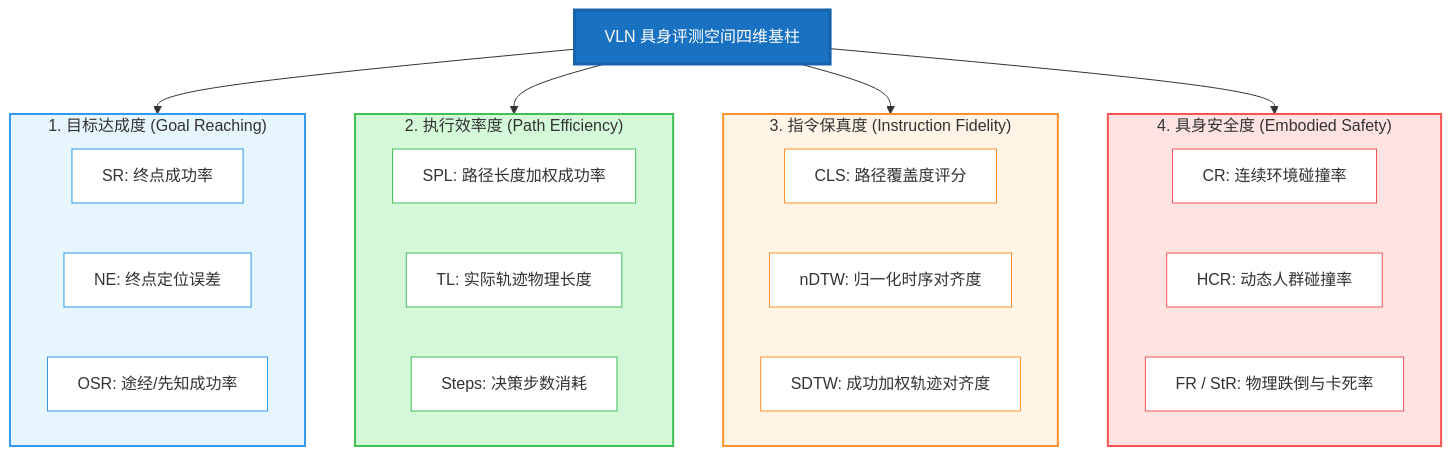
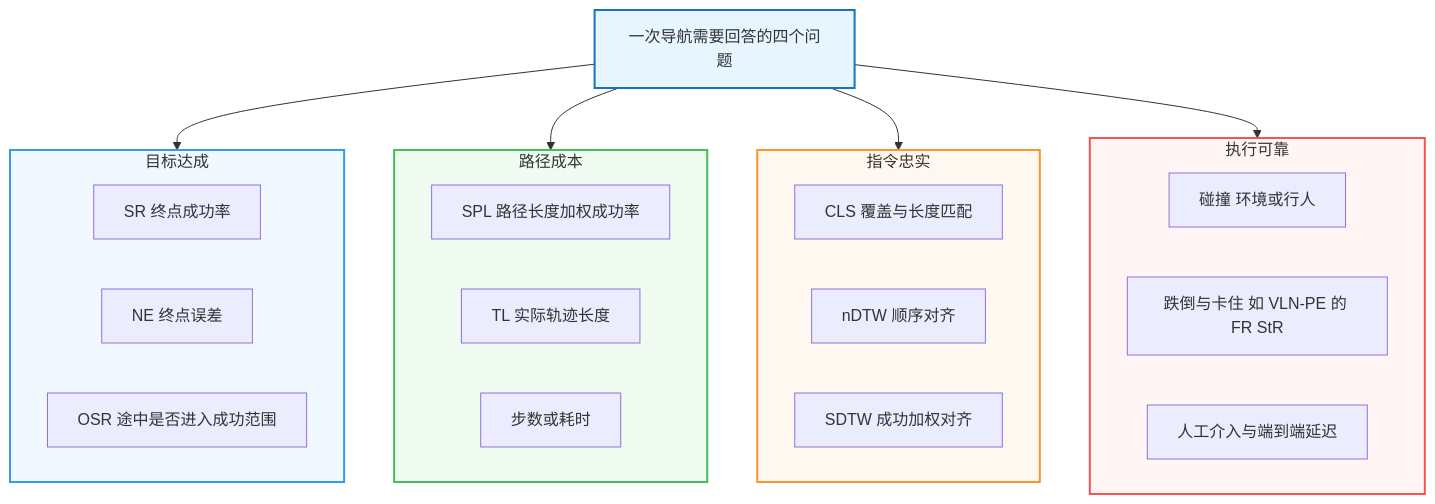
Before and after one commit to TingdeLiu/tingdeliu.github.io: the eighth of 13 diagrams in _posts/research/2026-01-04-VLN-Survey.md, drawn with Mermaid. The commit also changed other lines of this file and 1 other file, not shown here.

First line of the commit message:
docs(research): restructure VLN-Survey with verified data and restored walkthroughs

````diff
--- a/_posts/research/2026-01-04-VLN-Survey.md
+++ b/_posts/research/2026-01-04-VLN-Survey.md
@@ -2918,51 +1115,39 @@
 ```mermaid
 flowchart TB
-    Root["VLN 具身评测空间四维基柱"]
+    Q["一次导航需要回答的四个问题"]
 
-    subgraph D1["1. 目标达成度 (Goal Reaching)"]
-        SR["SR: 终点成功率"]
-        NE["NE: 终点定位误差"]
-        OSR["OSR: 途经/先知成功率"]
+    subgraph D1["目标达成"]
+        SR["SR 终点成功率"]
+        NE["NE 终点误差"]
+        OSR["OSR 途中是否进入成功范围"]
     end
 
-    subgraph D2["2. 执行效率度 (Path Efficiency)"]
-        SPL["SPL: 路径长度加权成功率"]
-        TL["TL: 实际轨迹物理长度"]
-        Steps["Steps: 决策步数消耗"]
+    subgraph D2["路径成本"]
+        SPL["SPL 路径长度加权成功率"]
+        TL["TL 实际轨迹长度"]
+        ST["步数或耗时"]
     end
 
-    subgraph D3["3. 指令保真度 (Instruction Fidelity)"]
-        CLS["CLS: 路径覆盖度评分"]
-        nDTW["nDTW: 归一化时序对齐度"]
-        SDTW["SDTW: 成功加权轨迹对齐度"]
+    subgraph D3["指令忠实"]
+        CLS["CLS 覆盖与长度匹配"]
+        NDTW["nDTW 顺序对齐"]
+        SDTW["SDTW 成功加权对齐"]
     end
 
-    subgraph D4["4. 具身安全度 (Embodied Safety)"]
-        CR["CR: 连续环境碰撞率"]
-        HCR["HCR: 动态人群碰撞率"]
-        FR["FR / StR: 物理跌倒与卡死率"]
+    subgraph D4["执行可靠"]
+        CR["碰撞 环境或行人"]
+        FS["跌倒与卡住 如 VLN-PE 的 FR StR"]
+        HI["人工介入与端到端延迟"]
     end
 
-    Root --> D1
-    Root --> D2
-    Root --> D3
-    Root --> D4
+    Q --> D1
+    Q --> D2
+    Q --> D3
+    Q --> D4
 
-    style Root fill:#1971c2,stroke:#1864ab,stroke-width:3px,color:#ffffff
-    style D1 fill:#e7f5ff,stroke:#339af0,stroke-width:2px
-    style D2 fill:#d3f9d8,stroke:#40c057,stroke-width:2px
-    style D3 fill:#fff4e6,stroke:#ff922b,stroke-width:2px
-    style D4 fill:#ffe3e3,stroke:#fa5252,stroke-width:2px
-    style SR fill:#ffffff,stroke:#339af0
-    style NE fill:#ffffff,stroke:#339af0
-    style OSR fill:#ffffff,stroke:#339af0
-    style SPL fill:#ffffff,stroke:#40c057
-    style TL fill:#ffffff,stroke:#40c057
-    style Steps fill:#ffffff,stroke:#40c057
-    style CLS fill:#ffffff,stroke:#ff922b
-    style nDTW fill:#ffffff,stroke:#ff922b
-    style SDTW fill:#ffffff,stroke:#ff922b
-    style CR fill:#ffffff,stroke:#fa5252
-    style HCR fill:#ffffff,stroke:#fa5252
-    style FR fill:#ffffff,stroke:#fa5252
+    style Q fill:#e7f5ff,stroke:#1971c2,stroke-width:2px
+    style D1 fill:#f1f8ff,stroke:#339af0,stroke-width:2px
+    style D2 fill:#f0fbf2,stroke:#40c057,stroke-width:2px
+    style D3 fill:#fff8f0,stroke:#ff922b,stroke-width:2px
+    style D4 fill:#fff5f5,stroke:#fa5252,stroke-width:2px
 ```
````
